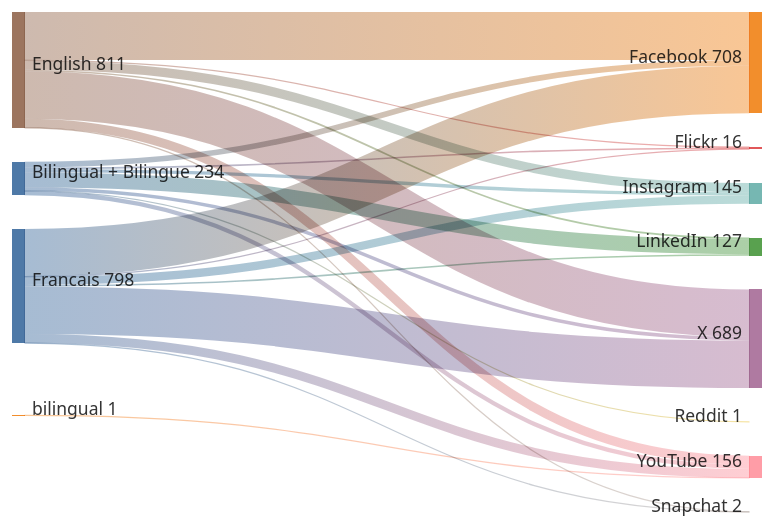
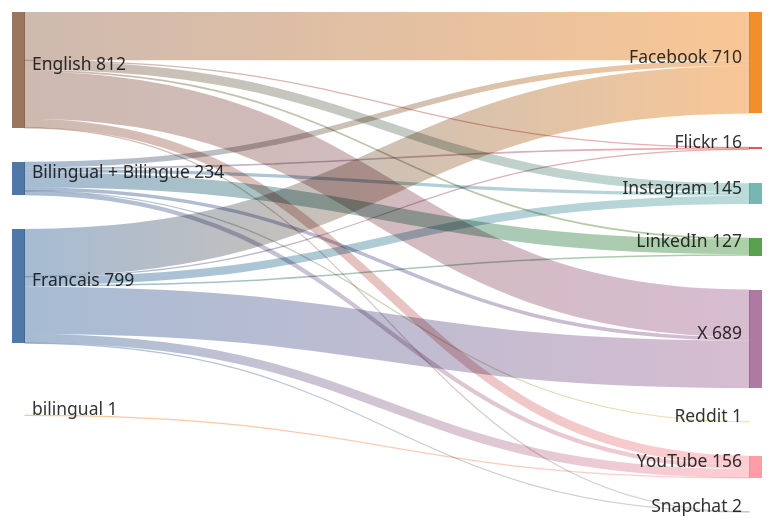
One commit to PatLittle/GC-Socials changed the diagram in sankey_diagram.md. Above: the diagram before and after it, drawn with Mermaid.

Commit message:
Update Sankey diagram for the most recent day

````diff
--- a/sankey_diagram.md
+++ b/sankey_diagram.md
@@ -1,25 +1,25 @@
 ```mermaid
 sankey-beta
   Bilingual + Bilingue,Facebook,40
   Bilingual + Bilingue,Flickr,11
   Bilingual + Bilingue,Instagram,23
   Bilingual + Bilingue,LinkedIn,104
   Bilingual + Bilingue,Reddit,1
   Bilingual + Bilingue,X,25
   Bilingual + Bilingue,YouTube,30
-  English,Facebook,336
+  English,Facebook,337
   English,Flickr,3
   English,Instagram,64
   English,LinkedIn,12
   English,Snapchat,1
   English,X,332
   English,YouTube,63
-  Francais,Facebook,332
+  Francais,Facebook,333
   Francais,Flickr,2
   Francais,Instagram,58
   Francais,LinkedIn,11
   Francais,Snapchat,1
   Francais,X,332
   Francais,YouTube,62
   bilingual,YouTube,1
 ```
````
